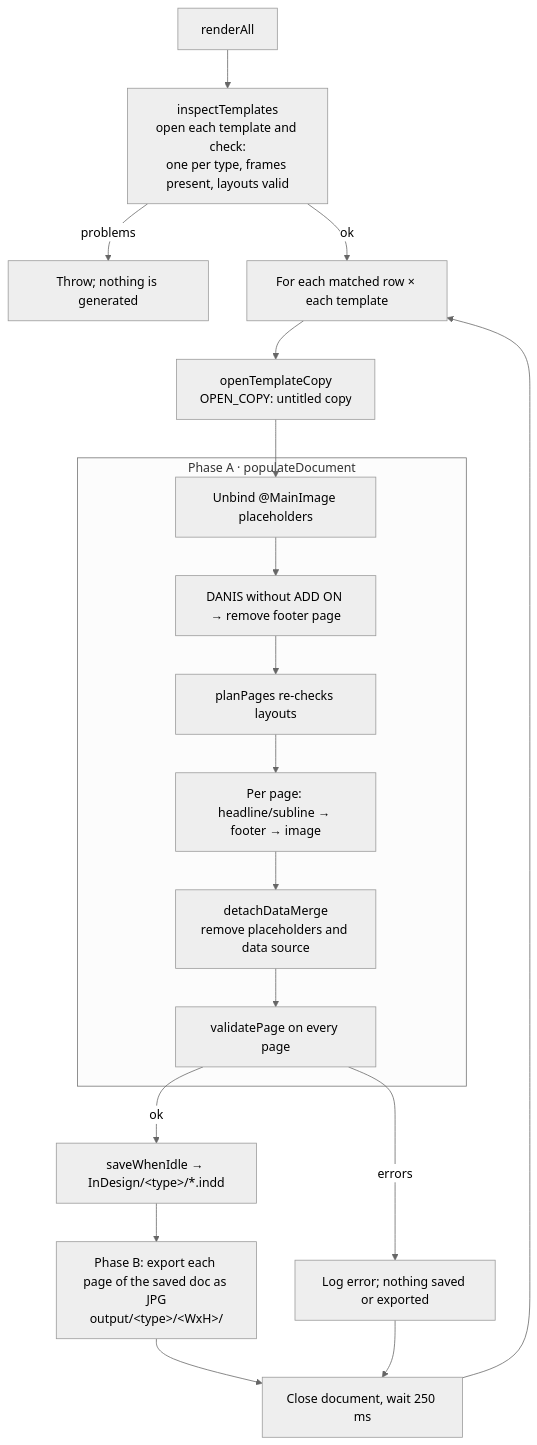
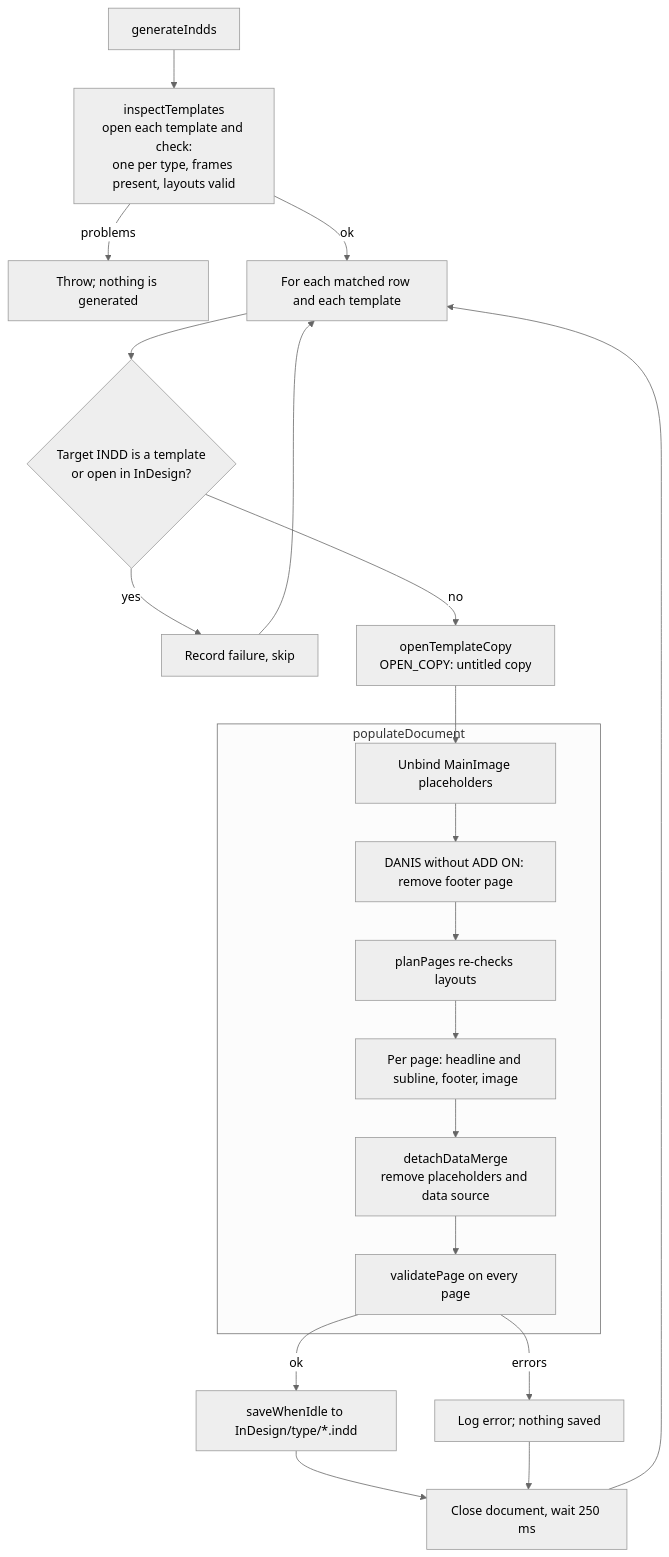
One commit to br0cc0lili/Territory_InDesign_Capsule changed the sixth of 7 diagrams in docs/ARCHITECTURE.md. Above: the diagram before and after it, drawn with Mermaid (neutral theme). The commit also changed other lines of this file, not shown here.

````diff
--- a/docs/ARCHITECTURE.md
+++ b/docs/ARCHITECTURE.md
@@ -329,23 +456,25 @@
 ```mermaid
 flowchart TD
-    S[renderAll] --> I[inspectTemplates<br/>open each template and check:<br/>one per type, frames present, layouts valid]
+    S[generateIndds] --> I[inspectTemplates<br/>open each template and check:<br/>one per type, frames present, layouts valid]
     I -- problems --> X[Throw; nothing is generated]
-    I -- ok --> L[For each matched row × each template]
-    L --> O[openTemplateCopy<br/>OPEN_COPY: untitled copy]
+    I -- ok --> L[For each matched row and each template]
+    L --> G1{Target INDD is a template<br/>or open in InDesign?}
+    G1 -- yes --> F[Record failure, skip]
+    G1 -- no --> O[openTemplateCopy<br/>OPEN_COPY: untitled copy]
     O --> A1
 
-    subgraph PhaseA[Phase A · populateDocument]
-        A1[Unbind @MainImage placeholders] --> A2[DANIS without ADD ON → remove footer page]
+    subgraph PhaseA[populateDocument]
+        A1[Unbind MainImage placeholders] --> A2[DANIS without ADD ON: remove footer page]
         A2 --> A3[planPages re-checks layouts]
-        A3 --> A4[Per page: headline/subline → footer → image]
+        A3 --> A4[Per page: headline and subline, footer, image]
         A4 --> A5[detachDataMerge<br/>remove placeholders and data source]
         A5 --> A6[validatePage on every page]
     end
 
-    A6 -- errors --> E[Log error; nothing saved or exported]
-    A6 -- ok --> SV[saveWhenIdle → InDesign/&lt;type&gt;/*.indd]
-    SV --> B[Phase B: export each page of the saved doc as JPG<br/>output/&lt;type&gt;/&lt;WxH&gt;/]
-    B --> CL[Close document, wait 250 ms]
+    A6 -- errors --> E[Log error; nothing saved]
+    A6 -- ok --> SV[saveWhenIdle to InDesign/type/*.indd]
+    SV --> CL[Close document, wait 250 ms]
     E --> CL
+    F --> L
     CL --> L
 ```
````
